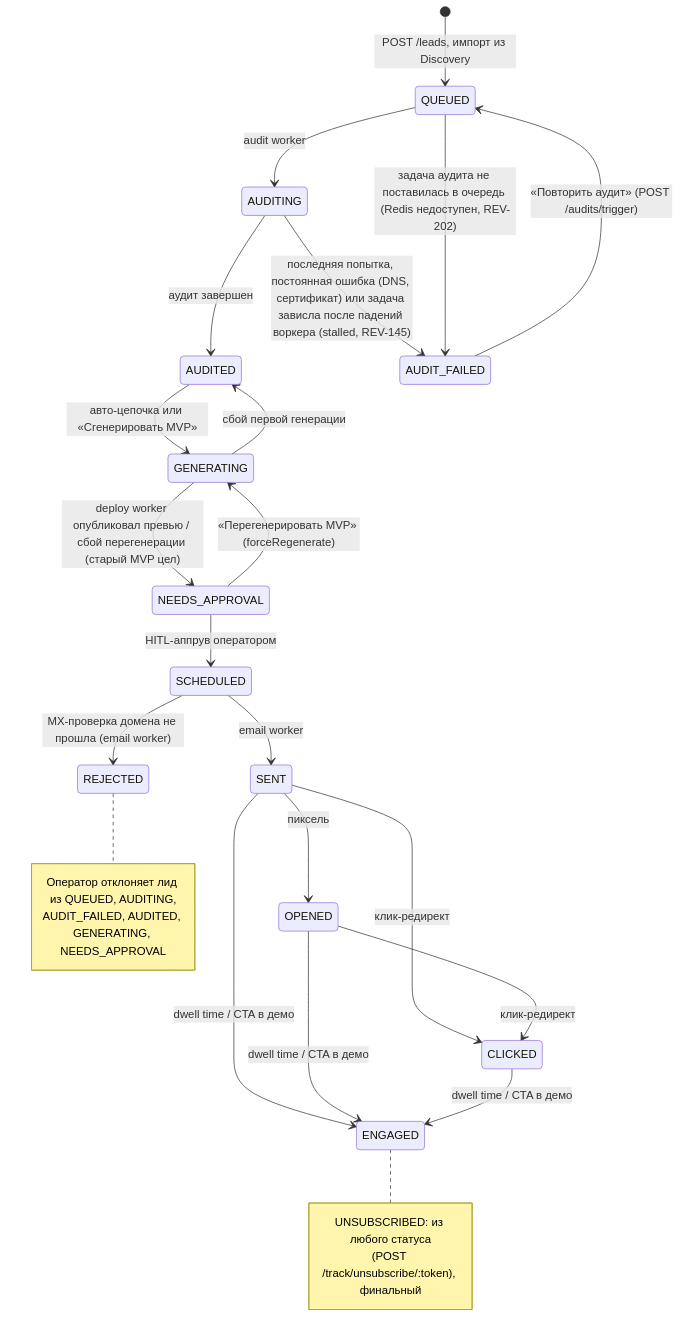
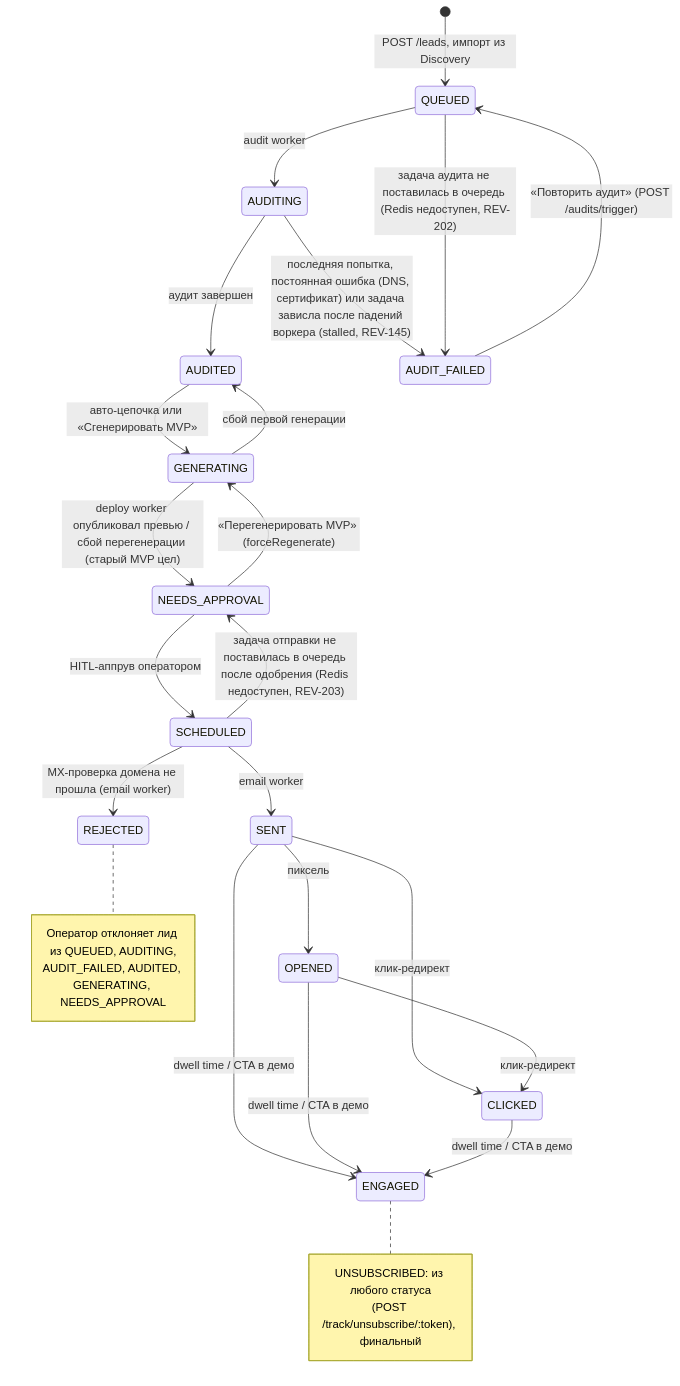
The eighth of 10 diagrams in blueprint.md (yurykurouski/revamp-docs), drawn with Mermaid before and after one commit. The commit also changed other lines of this file and 2 other files, not shown here.

Commit message:
docs(REV-203): atomic outreach approval, EMAIL_QUEUE_UNAVAILABLE, SCHEDULED → NEEDS_APPROVAL edge

````diff
--- a/blueprint.md
+++ b/blueprint.md
@@ -590,30 +590,31 @@
 ```mermaid
 stateDiagram-v2
     [*] --> QUEUED: POST /leads, импорт из Discovery
     QUEUED --> AUDITING: audit worker
     AUDITING --> AUDITED: аудит завершен
     AUDITING --> AUDIT_FAILED: последняя попытка, постоянная ошибка (DNS, сертификат) или задача зависла после падений воркера (stalled, REV-145)
     QUEUED --> AUDIT_FAILED: задача аудита не поставилась в очередь (Redis недоступен, REV-202)
     AUDIT_FAILED --> QUEUED: «Повторить аудит» (POST /audits/trigger)
     AUDITED --> GENERATING: авто-цепочка или «Сгенерировать MVP»
     GENERATING --> NEEDS_APPROVAL: deploy worker опубликовал превью / сбой перегенерации (старый MVP цел)
     GENERATING --> AUDITED: сбой первой генерации
     NEEDS_APPROVAL --> GENERATING: «Перегенерировать MVP» (forceRegenerate)
     NEEDS_APPROVAL --> SCHEDULED: HITL-аппрув оператором
     SCHEDULED --> SENT: email worker
+    SCHEDULED --> NEEDS_APPROVAL: задача отправки не поставилась в очередь после одобрения (Redis недоступен, REV-203)
     SCHEDULED --> REJECTED: MX-проверка домена не прошла (email worker)
     SENT --> OPENED: пиксель
     SENT --> CLICKED: клик-редирект
     SENT --> ENGAGED: dwell time / CTA в демо
     OPENED --> CLICKED: клик-редирект
     OPENED --> ENGAGED: dwell time / CTA в демо
     CLICKED --> ENGAGED: dwell time / CTA в демо
     note right of REJECTED
         Оператор отклоняет лид из QUEUED, AUDITING,
         AUDIT_FAILED, AUDITED, GENERATING, NEEDS_APPROVAL
     end note
     note right of ENGAGED
         UNSUBSCRIBED: из любого статуса
         (POST /track/unsubscribe/:token), финальный
     end note
 ```
````
